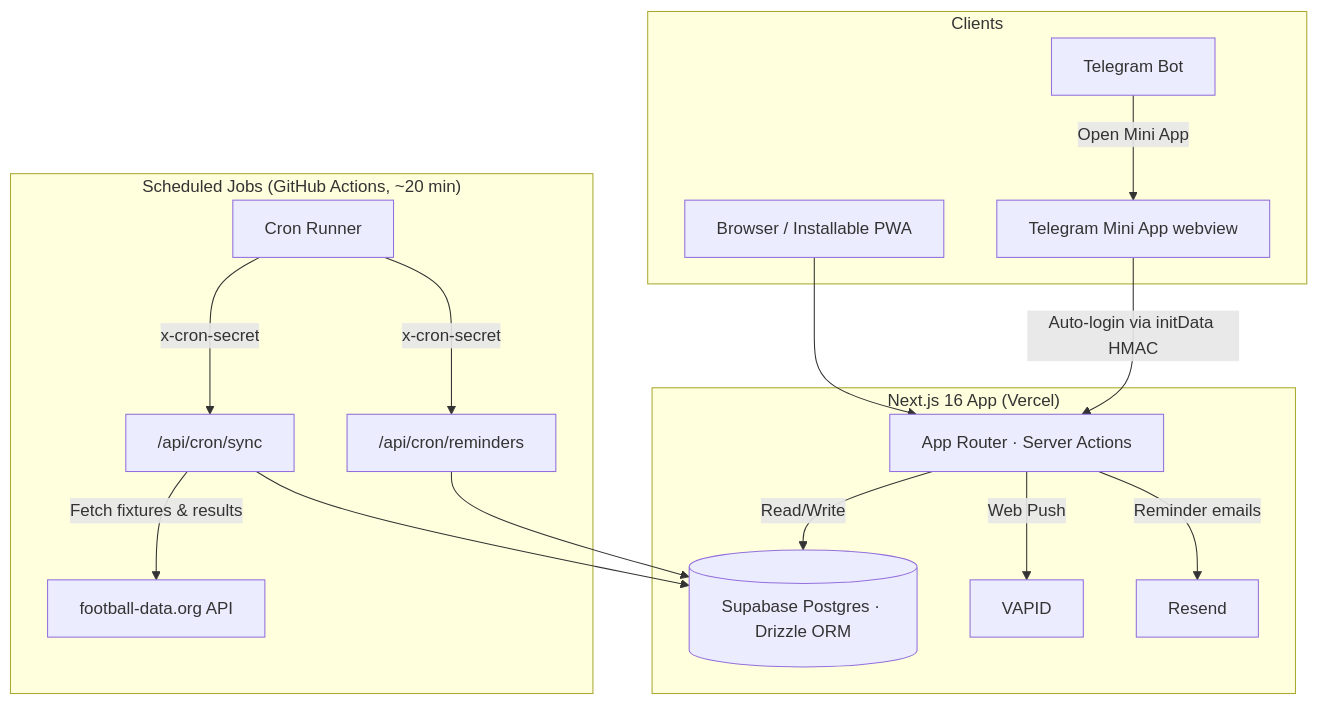
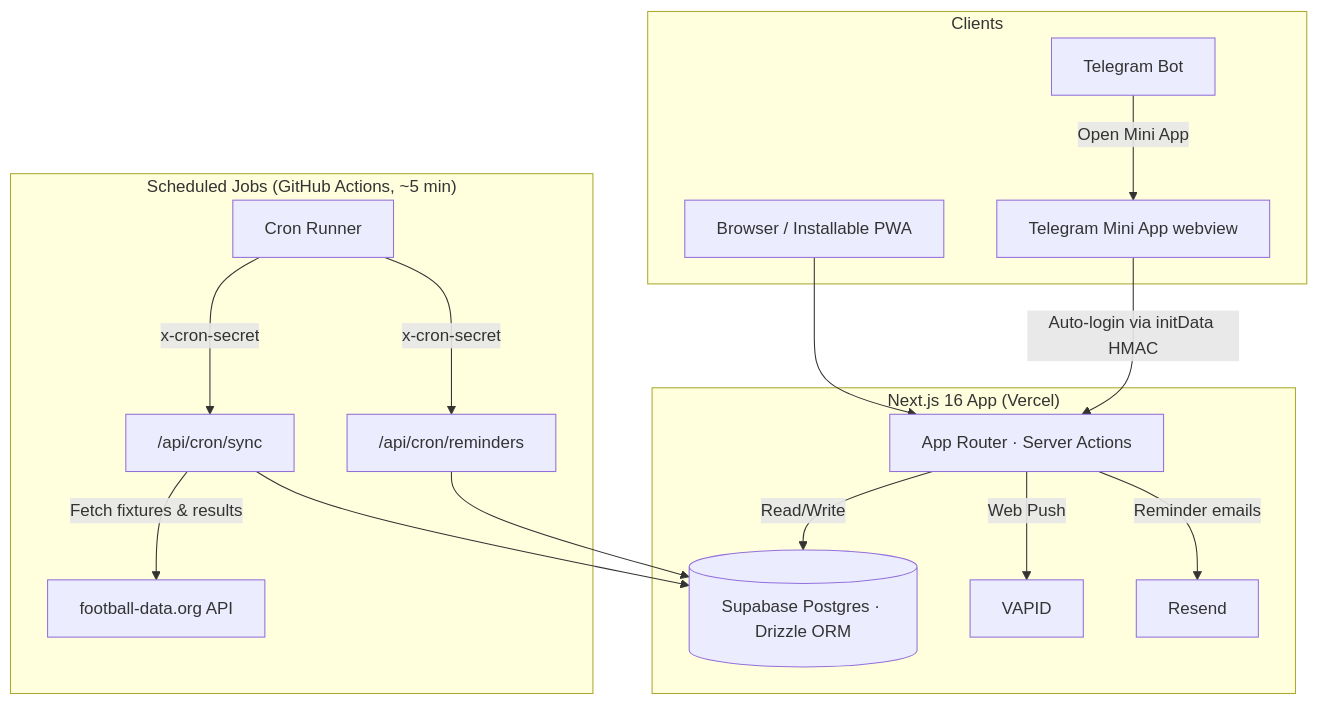
The diagram in README.md (sobhanashine/1ybet), drawn with Mermaid before and after one commit. The commit also changed other lines of this file, not shown here.

Commit message:
fix: update synchronizer cron job frequency from ~20 mins to ~5 mins

````diff
--- a/README.md
+++ b/README.md
@@ -39,23 +39,23 @@
 ```mermaid
 graph TD
     subgraph "Clients"
         WEB[Browser / Installable PWA]
         TG[Telegram Bot] -->|Open Mini App| TMA[Telegram Mini App webview]
     end
 
     subgraph "Next.js 16 App (Vercel)"
         WEB --> APP[App Router · Server Actions]
         TMA -->|Auto-login via initData HMAC| APP
         APP -->|Read/Write| DB[(Supabase Postgres · Drizzle ORM)]
         APP -->|Web Push| PUSH[VAPID]
         APP -->|Reminder emails| MAIL[Resend]
     end
 
-    subgraph "Scheduled Jobs (GitHub Actions, ~20 min)"
+    subgraph "Scheduled Jobs (GitHub Actions, ~5 min)"
         CRON[Cron Runner] -->|x-cron-secret| SYNC["/api/cron/sync"]
         CRON -->|x-cron-secret| REM["/api/cron/reminders"]
         SYNC -->|Fetch fixtures & results| FD[football-data.org API]
         SYNC --> DB
         REM --> DB
     end
 ```
````
